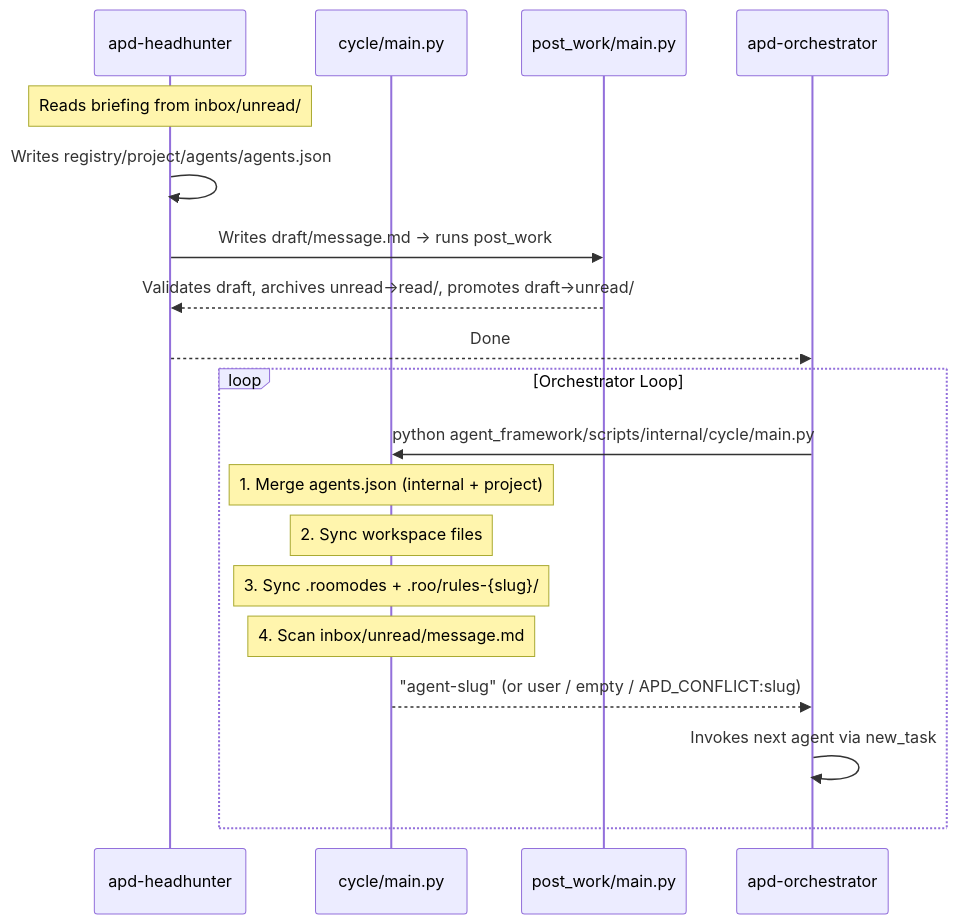
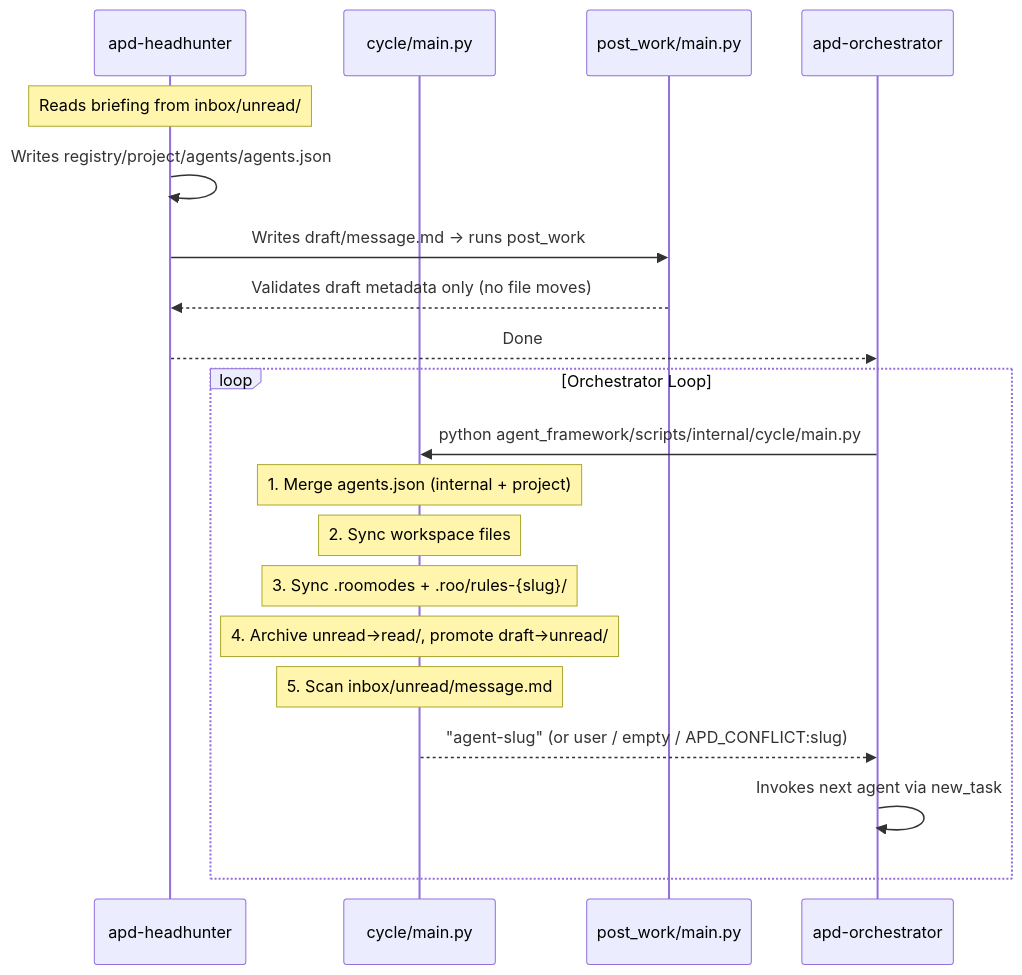
One commit to Joanoni/autonomous-project-development changed the diagram in docs/scripts.md. Above: the diagram before and after it, drawn with Mermaid. The commit also changed other lines of this file and 30 other files, not shown here.

````diff
--- a/docs/scripts.md
+++ b/docs/scripts.md
@@ -133,23 +177,24 @@
 ```mermaid
 sequenceDiagram
     participant HH as apd-headhunter
     participant CY as cycle/main.py
     participant PW as post_work/main.py
     participant OR as apd-orchestrator
 
     Note over HH: Reads briefing from inbox/unread/
     HH->>HH: Writes registry/project/agents/agents.json
     HH->>PW: Writes draft/message.md → runs post_work
-    PW-->>HH: Validates draft, archives unread→read/, promotes draft→unread/
+    PW-->>HH: Validates draft metadata only (no file moves)
     HH-->>OR: Done
 
     loop Orchestrator Loop
         OR->>CY: python agent_framework/scripts/internal/cycle/main.py
         Note over CY: 1. Merge agents.json (internal + project)
         Note over CY: 2. Sync workspace files
         Note over CY: 3. Sync .roomodes + .roo/rules-{slug}/
-        Note over CY: 4. Scan inbox/unread/message.md
+        Note over CY: 4. Archive unread→read/, promote draft→unread/
+        Note over CY: 5. Scan inbox/unread/message.md
         CY-->>OR: "agent-slug" (or user / empty / APD_CONFLICT:slug)
         OR->>OR: Invokes next agent via new_task
     end
 ```
````
